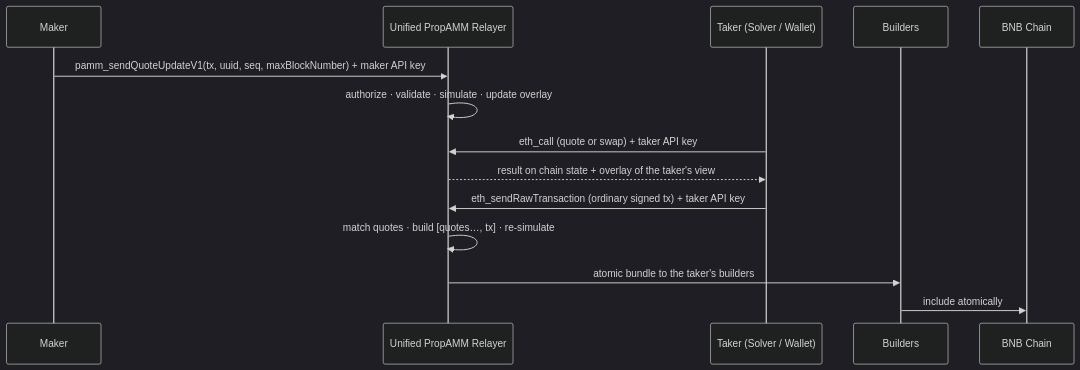
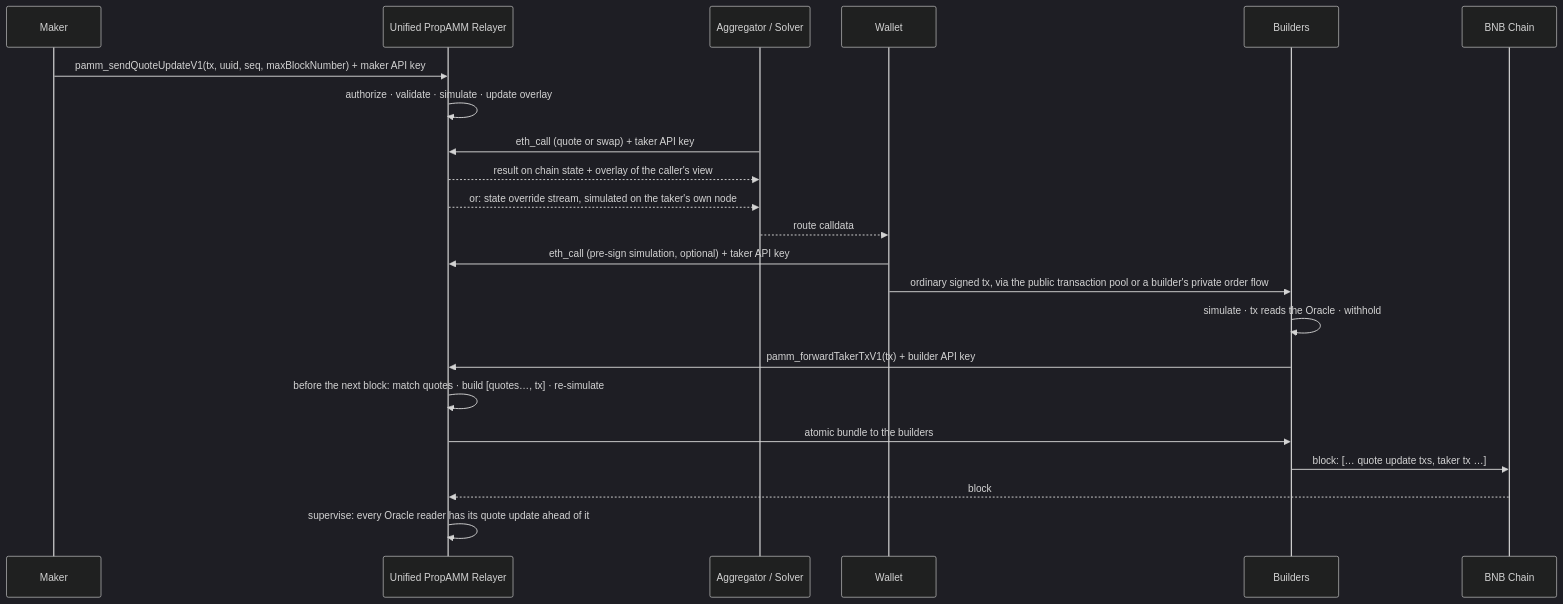
The second of 2 diagrams in BAPs/BAP-710.md (bnb-chain/BEPs), drawn with Mermaid (dark theme) before and after one commit. The commit also changed other lines of this file, not shown here.

First line of the commit message:
docs: BAP-710 public transaction flow, builder forwarding and block supervision

````diff
--- a/BAPs/BAP-710.md
+++ b/BAPs/BAP-710.md
@@ -137,17 +146,25 @@
 ```mermaid
 sequenceDiagram
     participant M as Maker
     participant R as Unified PropAMM Relayer
-    participant T as Taker (Solver / Wallet)
+    participant S as Aggregator / Solver
+    participant W as Wallet
     participant B as Builders
     participant C as BNB Chain
 
     M->>R: pamm_sendQuoteUpdateV1(tx, uuid, seq, maxBlockNumber) + maker API key
     R->>R: authorize · validate · simulate · update overlay
-    T->>R: eth_call (quote or swap) + taker API key
-    R-->>T: result on chain state + overlay of the taker's view
-    T->>R: eth_sendRawTransaction (ordinary signed tx) + taker API key
-    R->>R: match quotes · build [quotes…, tx] · re-simulate
-    R->>B: atomic bundle to the taker's builders
-    B->>C: include atomically
+    S->>R: eth_call (quote or swap) + taker API key
+    R-->>S: result on chain state + overlay of the caller's view
+    R-->>S: or: state override stream, simulated on the taker's own node
+    S-->>W: route calldata
+    W->>R: eth_call (pre-sign simulation, optional) + taker API key
+    W->>B: ordinary signed tx, via the public transaction pool or a builder's private order flow
+    B->>B: simulate · tx reads the Oracle · withhold
+    B->>R: pamm_forwardTakerTxV1(tx) + builder API key
+    R->>R: before the next block: match quotes · build [quotes…, tx] · re-simulate
+    R->>B: atomic bundle to the builders
+    B->>C: block: [… quote update txs, taker tx …]
+    C-->>R: block
+    R->>R: supervise: every Oracle reader has its quote update ahead of it
 ```
````
